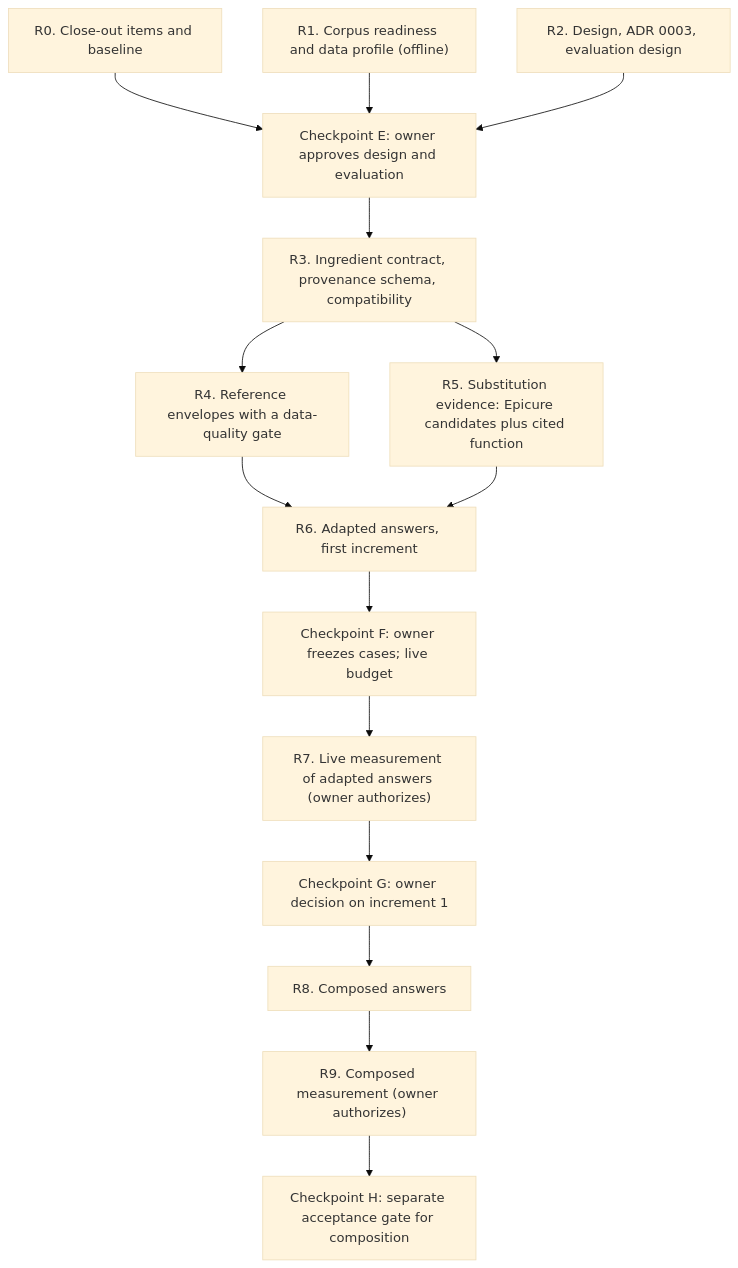
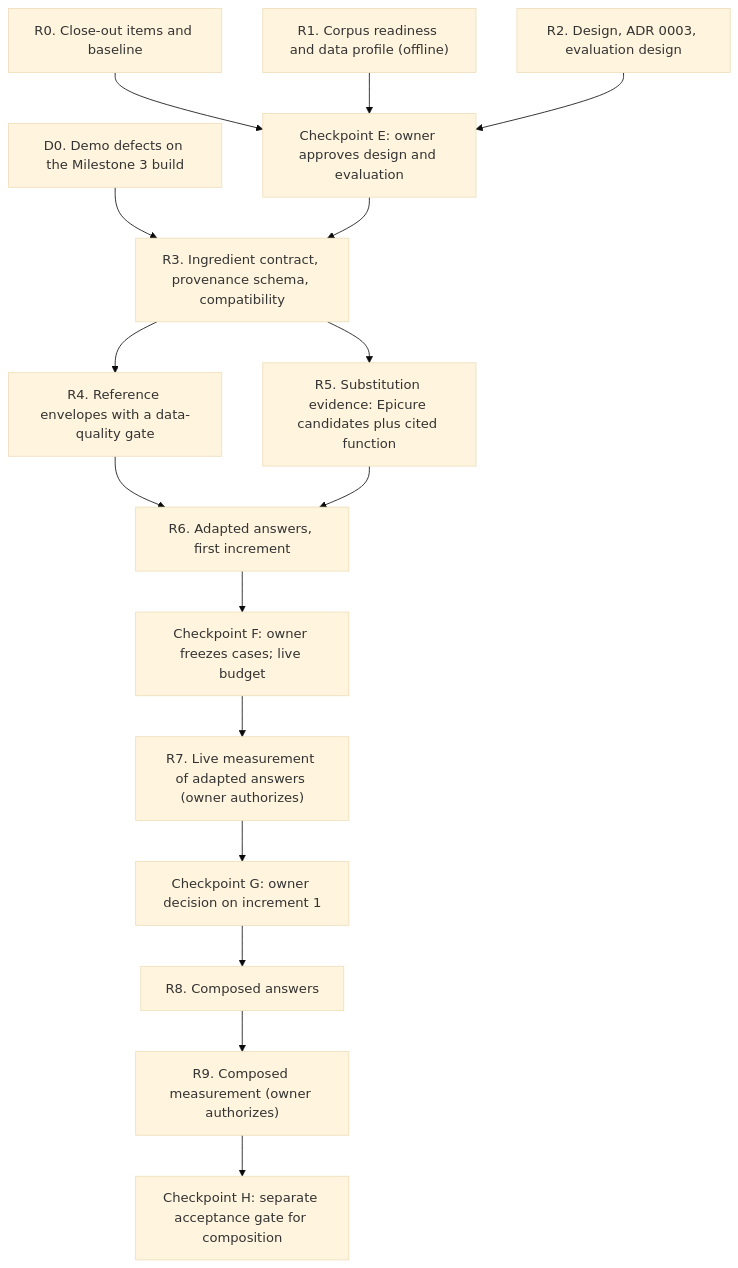
The diagram in docs/milestone-4-plan.md (fssonca/culinary-copilot), drawn with Mermaid (base theme) before and after one commit. The commit also changed other lines of this file and 5 other files, not shown here.

````diff
--- a/docs/milestone-4-plan.md
+++ b/docs/milestone-4-plan.md
@@ -121,17 +125,18 @@
 ```mermaid
 flowchart TD
+    D0["D0. Demo defects on the Milestone 3 build"] --> R3
     R0["R0. Close-out items and baseline"] --> RE
     R1["R1. Corpus readiness and data profile (offline)"] --> RE
     R2["R2. Design, ADR 0003, evaluation design"] --> RE["Checkpoint E: owner approves design and evaluation"]
     RE --> R3["R3. Ingredient contract, provenance schema, compatibility"]
     R3 --> R4["R4. Reference envelopes with a data-quality gate"]
     R3 --> R5["R5. Substitution evidence: Epicure candidates plus cited function"]
     R4 --> R6["R6. Adapted answers, first increment"]
     R5 --> R6
     R6 --> RF["Checkpoint F: owner freezes cases; live budget"]
     RF --> R7["R7. Live measurement of adapted answers (owner authorizes)"]
     R7 --> RG["Checkpoint G: owner decision on increment 1"]
     RG --> R8["R8. Composed answers"]
     R8 --> R9["R9. Composed measurement (owner authorizes)"]
     R9 --> RH["Checkpoint H: separate acceptance gate for composition"]
 ```
````
